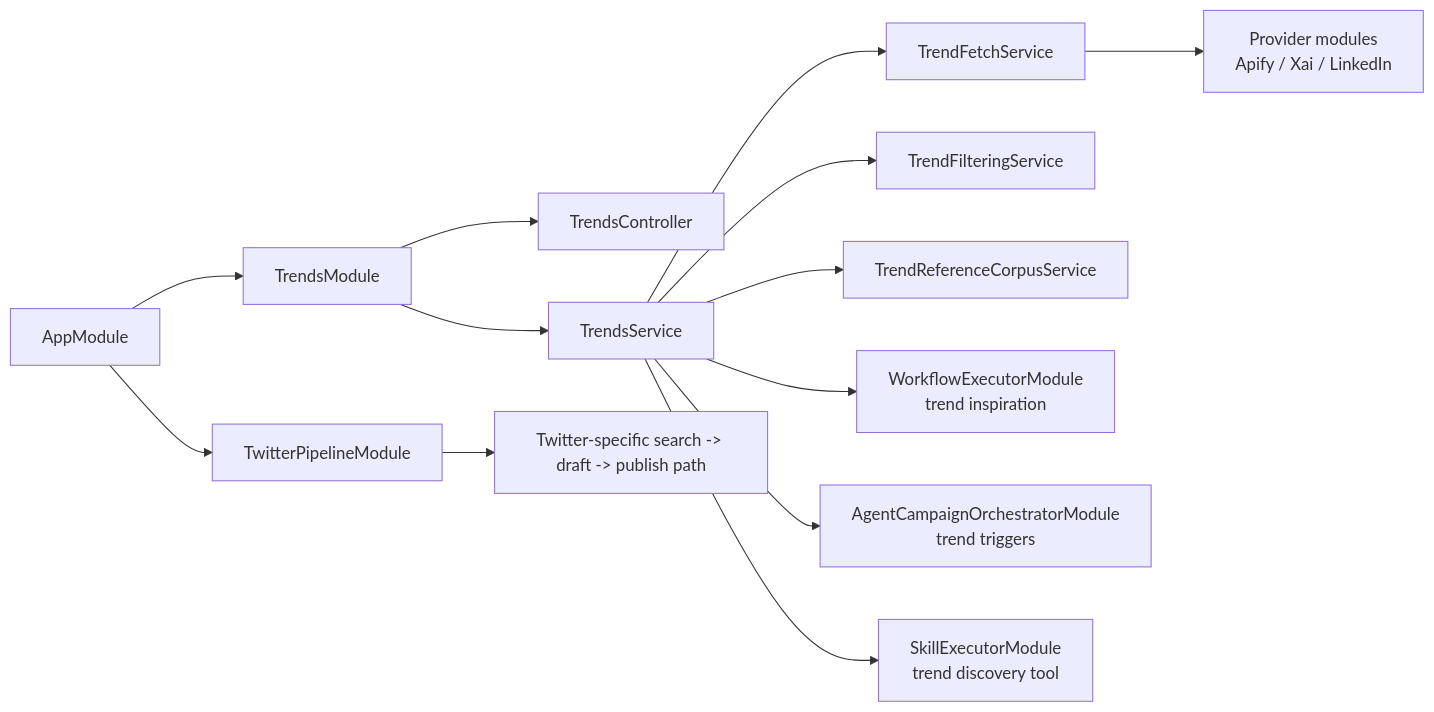
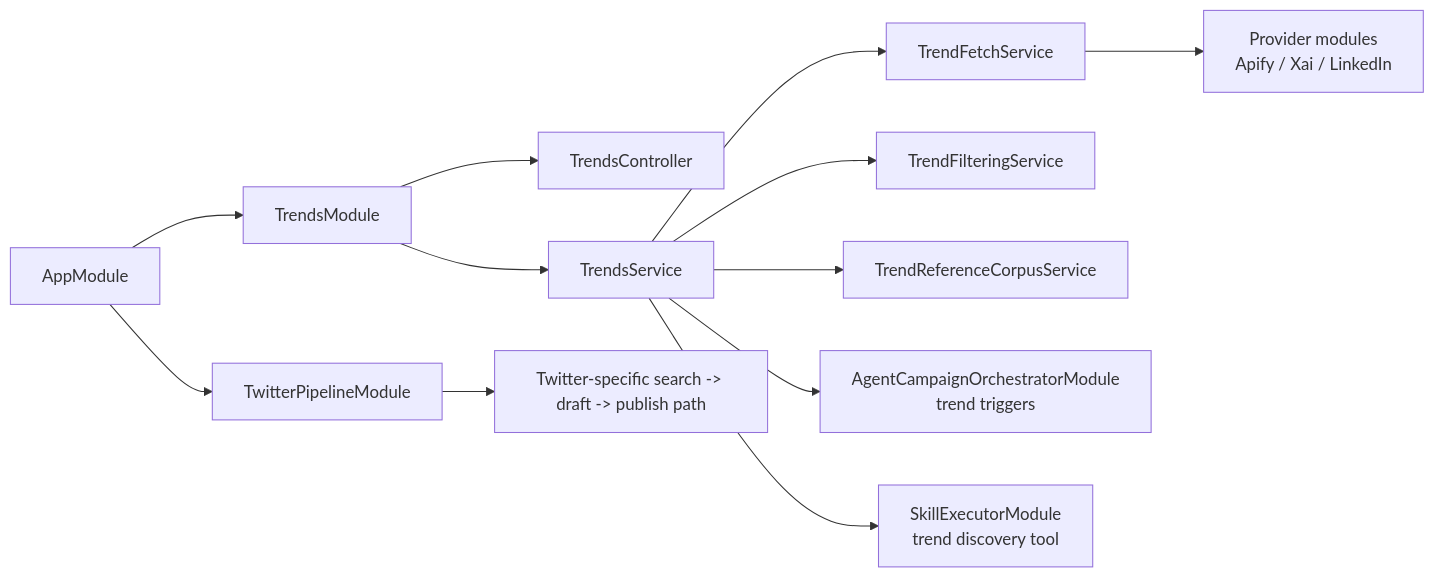
The first of 2 diagrams in apps/docs/content/core-loop/trend-ingestion.mdx (genfeedai/genfeed.ai), drawn with Mermaid before and after one commit. The commit also changed 147 other files, not shown here.

````diff
--- a/apps/docs/content/core-loop/trend-ingestion.mdx
+++ b/apps/docs/content/core-loop/trend-ingestion.mdx
@@ -72,15 +72,14 @@
 ```mermaid
 flowchart LR
   A["AppModule"] --> B["TrendsModule"]
   A --> C["TwitterPipelineModule"]
   B --> D["TrendsController"]
   B --> E["TrendsService"]
   E --> F["TrendFetchService"]
   E --> G["TrendFilteringService"]
   E --> H["TrendReferenceCorpusService"]
   F --> I["Provider modules\nApify / Xai / LinkedIn"]
-  E --> J["WorkflowExecutorModule\ntrend inspiration"]
   E --> K["AgentCampaignOrchestratorModule\ntrend triggers"]
   E --> L["SkillExecutorModule\ntrend discovery tool"]
   C --> M["Twitter-specific search -> draft -> publish path"]
 ```
````
